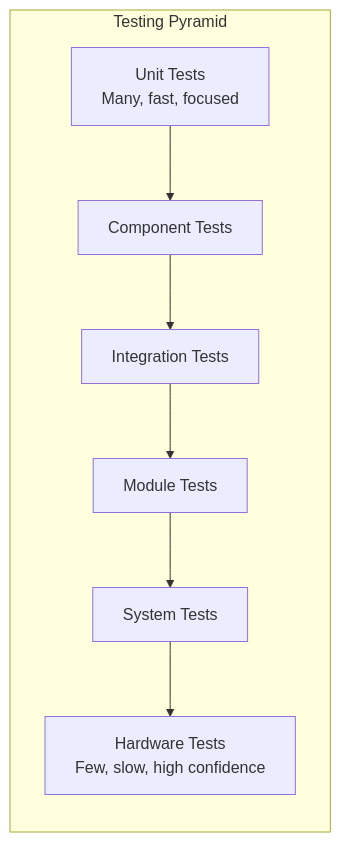
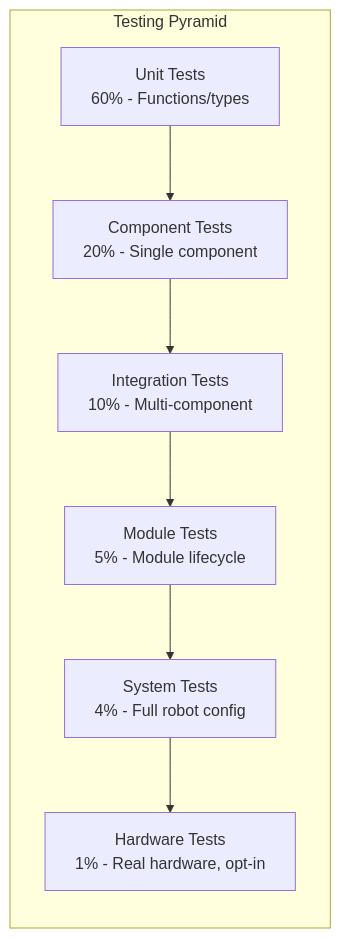
One commit to emergingrobotics/gorai changed the diagram in specs/testing-approach.md. Above: the diagram before and after it, drawn with Mermaid. The commit also changed other lines of this file and 9 other files, not shown here.

````diff
--- a/specs/testing-approach.md
+++ b/specs/testing-approach.md
@@ -50,14 +69,14 @@
 ```mermaid
 flowchart TB
     subgraph pyramid["Testing Pyramid"]
         direction TB
-        HW["Hardware Tests<br/>Few, slow, high confidence"]
-        SYS["System Tests"]
-        MOD["Module Tests"]
-        INT["Integration Tests"]
-        COMP["Component Tests"]
-        UNIT["Unit Tests<br/>Many, fast, focused"]
+        HW["Hardware Tests<br/>1% - Real hardware, opt-in"]
+        SYS["System Tests<br/>4% - Full robot config"]
+        MOD["Module Tests<br/>5% - Module lifecycle"]
+        INT["Integration Tests<br/>10% - Multi-component"]
+        COMP["Component Tests<br/>20% - Single component"]
+        UNIT["Unit Tests<br/>60% - Functions/types"]
     end
 
     UNIT --> COMP --> INT --> MOD --> SYS --> HW
 ```
````
